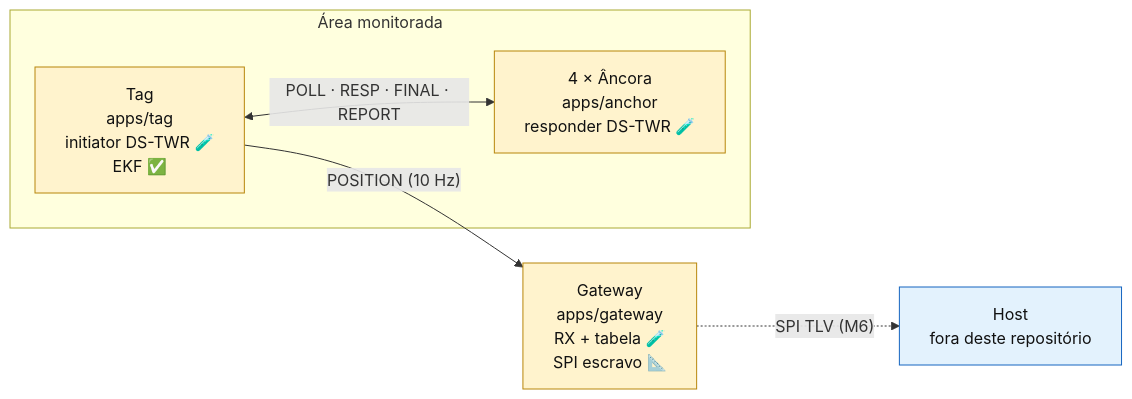
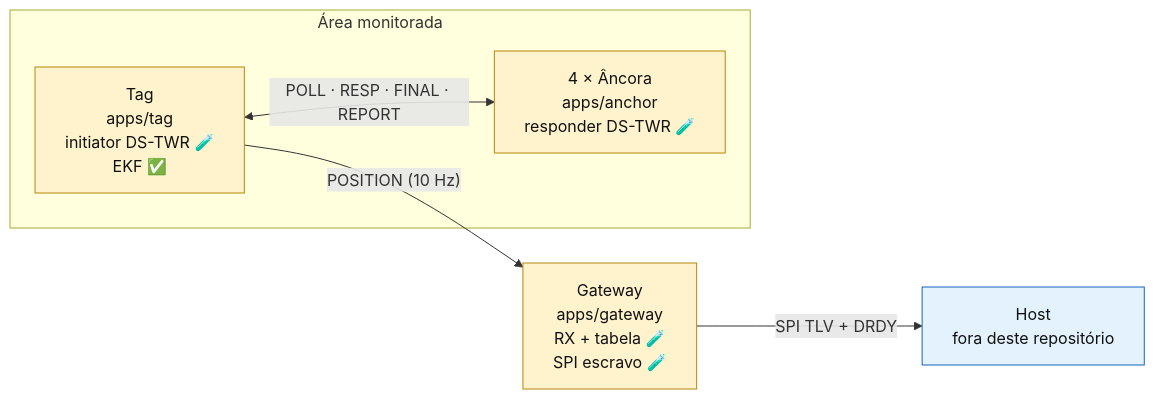
The first of 16 diagrams in docs/09-guia-do-codigo.md (MauroTony/dwm1001-rtls-fw), drawn with Mermaid before and after one commit. The commit also changed other lines of this file and 3 other files, not shown here.

````diff
--- a/docs/09-guia-do-codigo.md
+++ b/docs/09-guia-do-codigo.md
@@ -35,14 +35,14 @@
 ```mermaid
 flowchart LR
     subgraph area["Área monitorada"]
         A["4 × Âncora<br/>apps/anchor<br/>responder DS-TWR 🧪"]:::bench
         T["Tag<br/>apps/tag<br/>initiator DS-TWR 🧪<br/>EKF ✅"]:::bench
     end
-    G["Gateway<br/>apps/gateway<br/>RX + tabela 🧪<br/>SPI escravo 📐"]:::bench
+    G["Gateway<br/>apps/gateway<br/>RX + tabela 🧪<br/>SPI escravo 🧪"]:::bench
     H["Host<br/>fora deste repositório"]:::ext
     T <-- "POLL · RESP · FINAL · REPORT" --> A
     T -- "POSITION (10 Hz)" --> G
-    G -. "SPI TLV (M6)" .-> H
+    G -- "SPI TLV + DRDY" --> H
     classDef bench fill:#fff3cd,stroke:#b8860b,color:#111
     classDef ext fill:#e3f2fd,stroke:#1565c0,color:#111
 ```
````
